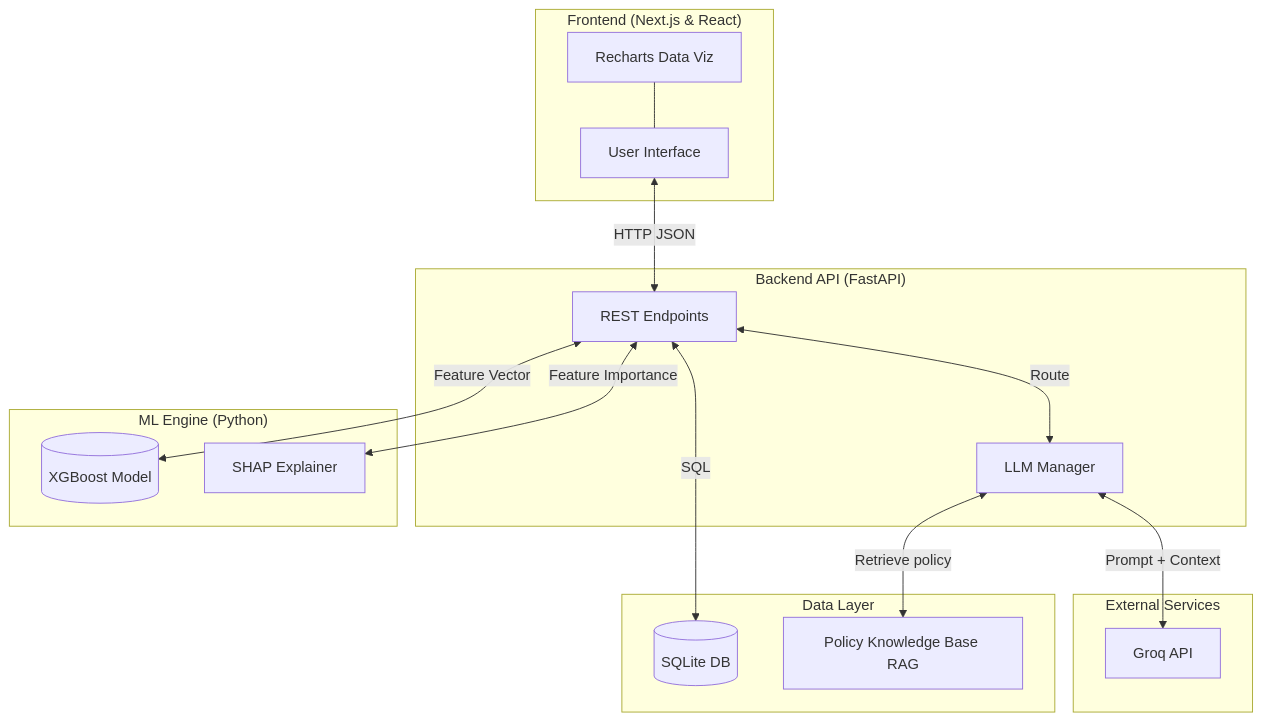
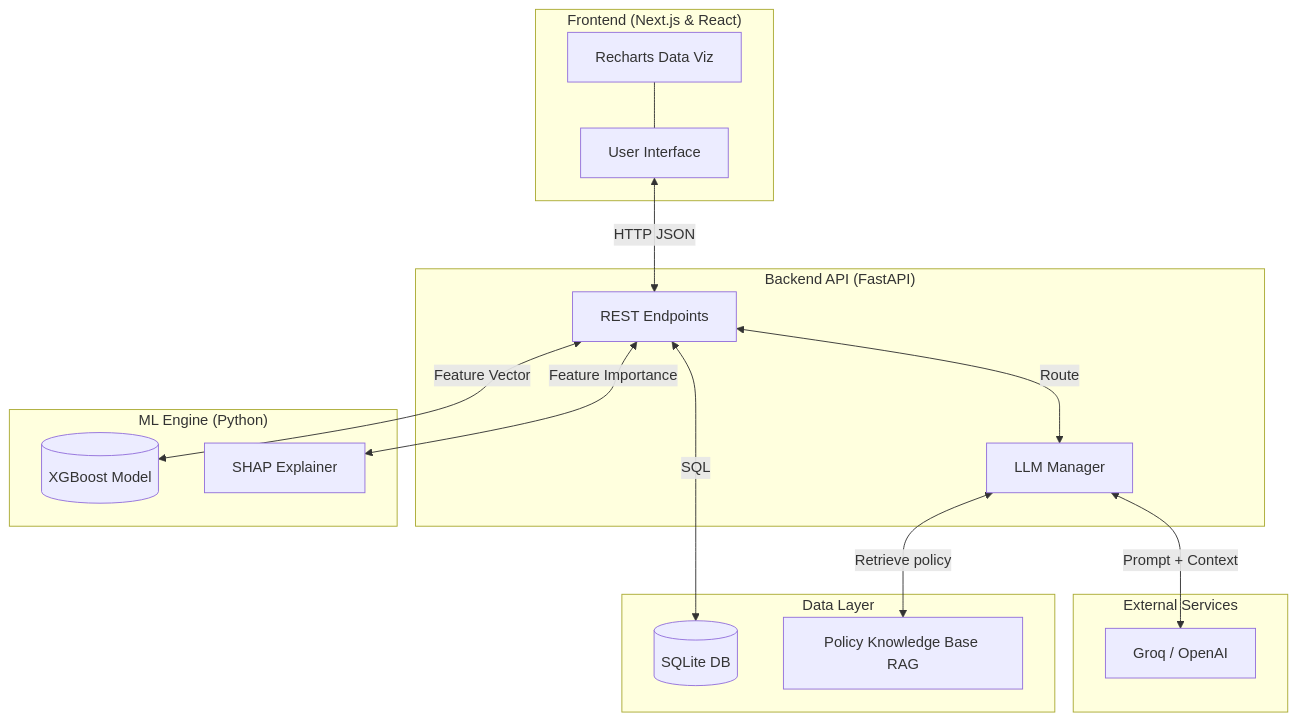
The diagram in README.md (Saracasm/Credit-Risk-Scorer), drawn with Mermaid before and after one commit. The commit also changed other lines of this file, not shown here.

````diff
--- a/README.md
+++ b/README.md
@@ -18,36 +53,36 @@
 ```mermaid
 graph TD
     subgraph Frontend ["Frontend (Next.js & React)"]
         UI[User Interface]
         Chart[Recharts Data Viz]
     end
 
     subgraph Backend ["Backend API (FastAPI)"]
         API[REST Endpoints]
         LLMProxy[LLM Manager]
     end
 
     subgraph Data ["Data Layer"]
         SQLite[(SQLite DB)]
         KB[Policy Knowledge Base RAG]
     end
 
     subgraph ML_System ["ML Engine (Python)"]
         Model[(XGBoost Model)]
         SHAP[SHAP Explainer]
     end
-    
+
     subgraph External ["External Services"]
-        Groq[Groq API]
+        Groq[Groq / OpenAI]
     end
 
     UI <-->|HTTP JSON| API
     Chart --- UI
-    
+
     API <-->|Feature Vector| Model
     API <-->|Feature Importance| SHAP
     API <-->|SQL| SQLite
     LLMProxy <-->|Retrieve policy| KB
     LLMProxy <-->|Prompt + Context| Groq
     API <-->|Route| LLMProxy
 ```
````
